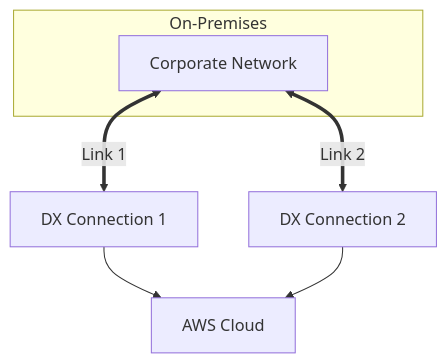
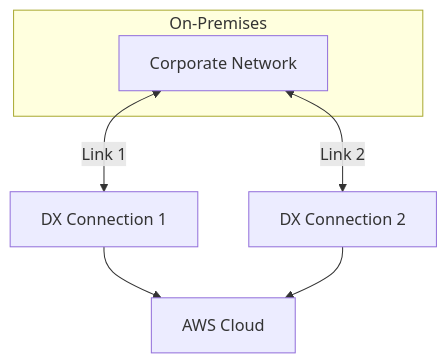
Before and after one commit to ReginRavi/AIP-C01: diagram 32 of 39 in 1.1 AWS — Evaluating Connectivity Options for On-Premises, Co-Location & Cloud Integration.md, drawn with Mermaid. The commit also changed other lines of this file, not shown here.

Commit message:
Fix Mermaid diagram syntax in 1.1 Evaluating Connectivity Options

````diff
--- a/1.1 AWS — Evaluating Connectivity Options for On-Premises, Co-Location & Cloud Integration.md
+++ b/1.1 AWS — Evaluating Connectivity Options for On-Premises, Co-Location & Cloud Integration.md
@@ -856,9 +864,11 @@
 ```mermaid
 flowchart TD
-    subgraph OnPrem["On-Premises"]
+    subgraph OnPrem ["On-Premises"]
         Corp["Corporate Network"]
     end
 
-    Corp <== "Link 1" ==> DX1["DX Connection 1"] --> AWS["AWS Cloud"]
-    Corp <== "Link 2" ==> DX2["DX Connection 2"] --> AWS
+    Corp <-->|"Link 1"| DX1["DX Connection 1"]
+    DX1 --> AWS["AWS Cloud"]
+    Corp <-->|"Link 2"| DX2["DX Connection 2"]
+    DX2 --> AWS
 ```
````
